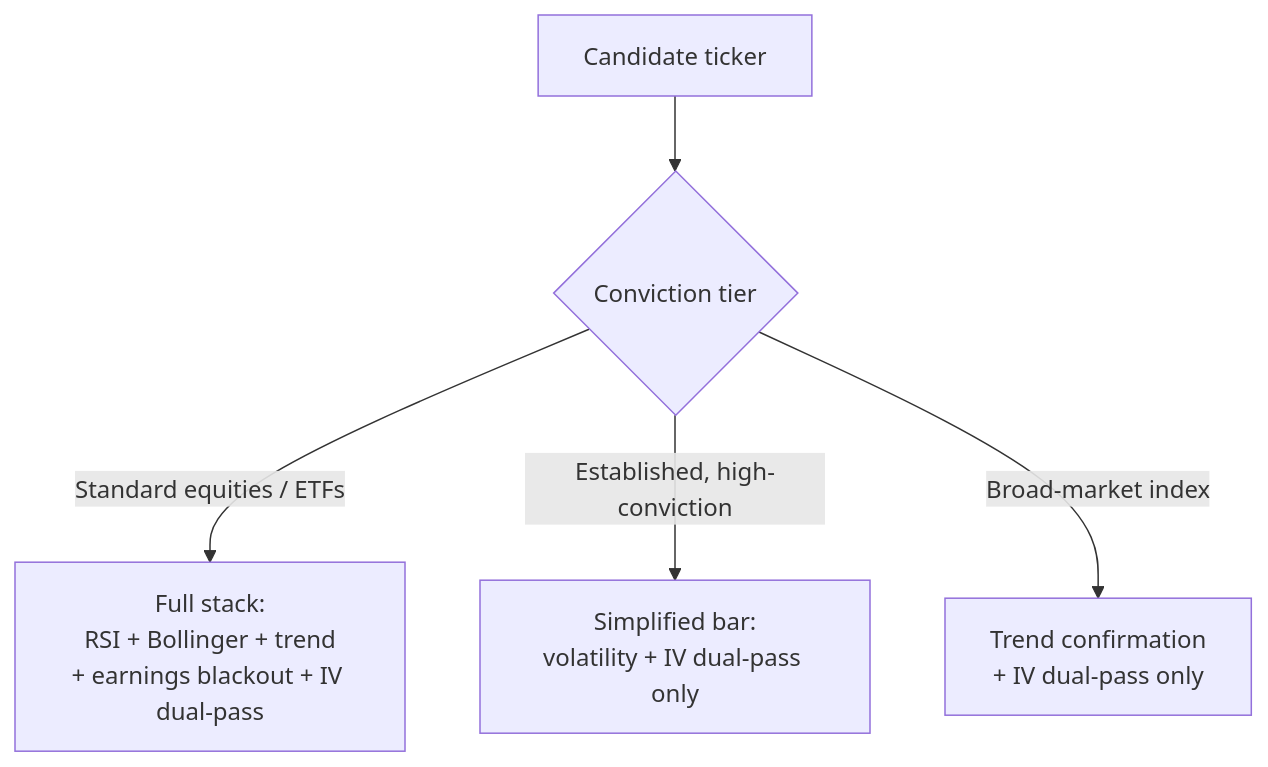
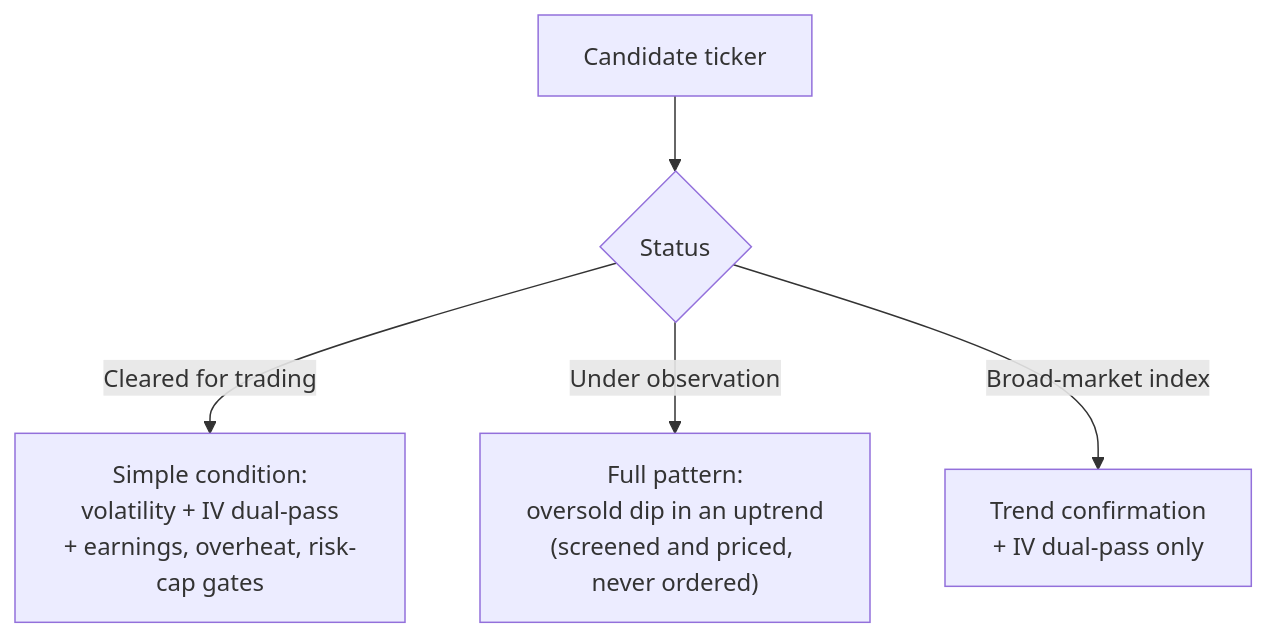
One commit to hbchoi0917/trading changed the second of 4 diagrams in README.md. Above: the diagram before and after it, drawn with Mermaid. The commit also changed other lines of this file and 3 other files, not shown here.

````diff
--- a/README.md
+++ b/README.md
@@ -69,7 +69,7 @@
 ```mermaid
 flowchart TD
-    T[Candidate ticker] --> Q{Conviction tier}
-    Q -->|Standard equities / ETFs| S["Full stack:<br/>RSI + Bollinger + trend<br/>+ earnings blackout + IV dual-pass"]
-    Q -->|Established, high-conviction| H["Simplified bar:<br/>volatility + IV dual-pass only"]
+    T[Candidate ticker] --> Q{Status}
+    Q -->|Cleared for trading| S["Simple condition:<br/>volatility + IV dual-pass<br/>+ earnings, overheat, risk-cap gates"]
+    Q -->|Under observation| H["Full pattern:<br/>oversold dip in an uptrend<br/>(screened and priced, never ordered)"]
     Q -->|Broad-market index| I["Trend confirmation<br/>+ IV dual-pass only"]
 ```
````
